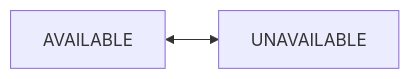
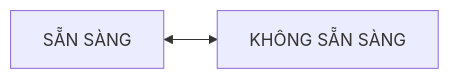
Before and after one commit to hau3004/23677151_DongThiAnhThu_CABSYSTEM: the fifth of 8 diagrams in SRS.md, drawn with Mermaid. The commit also changed other lines of this file, not shown here.

````diff
--- a/SRS.md
+++ b/SRS.md
@@ -1758,4 +611,4 @@
 ```mermaid
 flowchart LR
-    A[AVAILABLE] <--> B[UNAVAILABLE]
+    A[SẴN SÀNG] <--> B[KHÔNG SẴN SÀNG]
 ```
````
